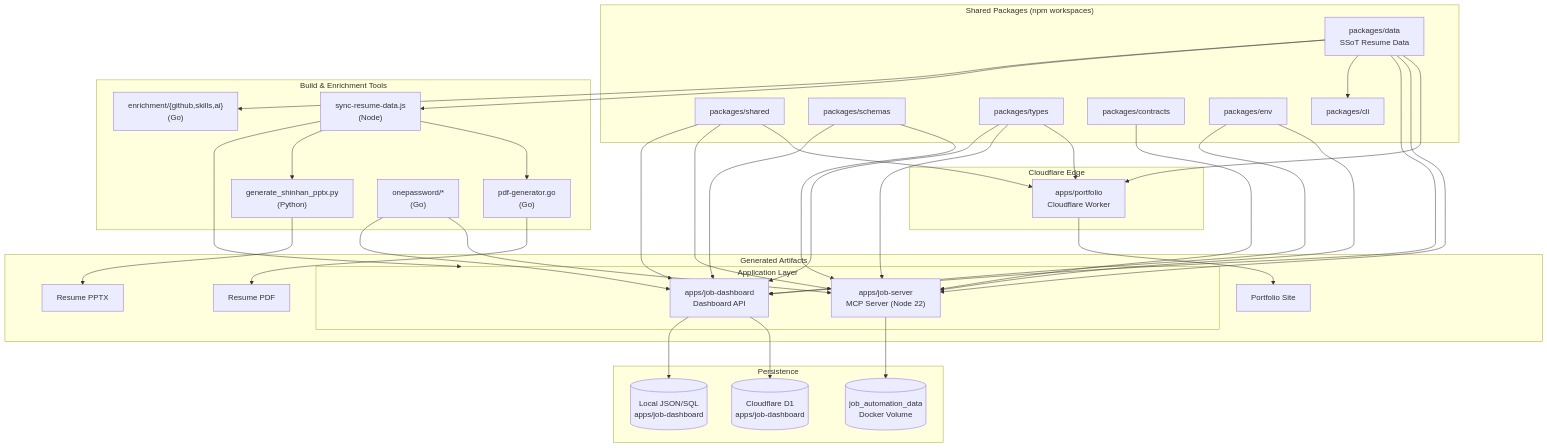
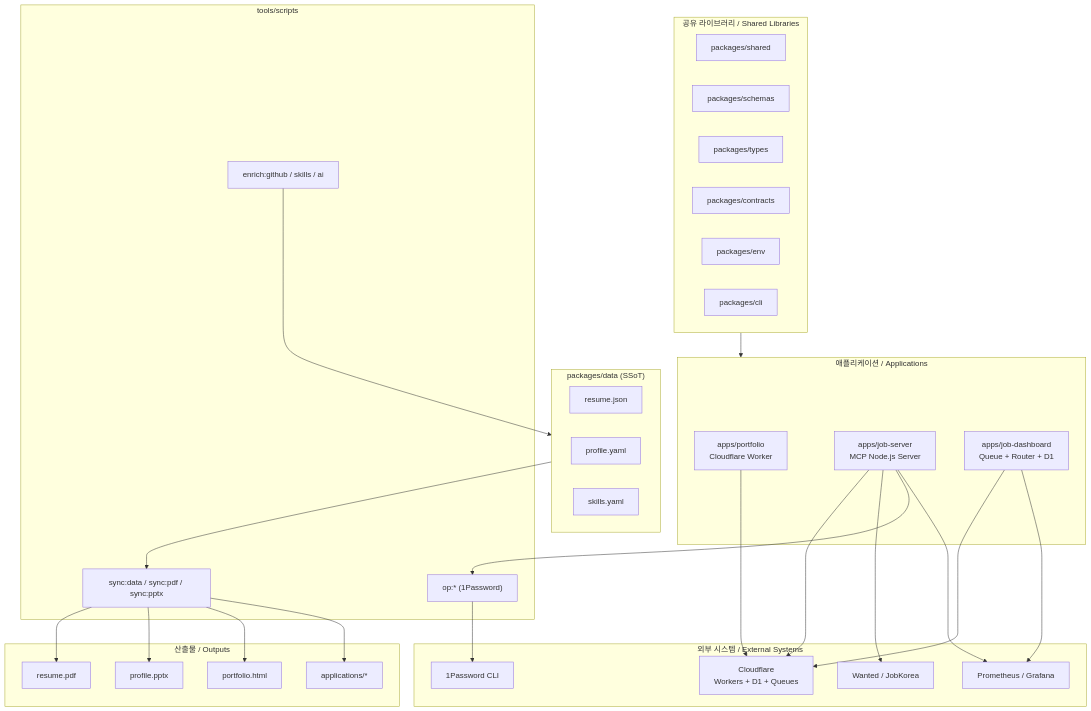
One commit to jclee941/resume changed the diagram in README.md. Above: the diagram before and after it, drawn with Mermaid. The commit also changed other lines of this file, not shown here.

````diff
--- a/README.md
+++ b/README.md
@@ -66,74 +74,59 @@
 ```mermaid
 flowchart TB
-    subgraph Edge["Cloudflare Edge"]
-        Worker["apps/portfolio<br/>Cloudflare Worker"]
-    end
+  subgraph SSoT["packages/data (SSoT)"]
+    D1["resume.json"]
+    D2["profile.yaml"]
+    D3["skills.yaml"]
+  end
 
-    subgraph Apps["Application Layer"]
-        JobServer["apps/job-server<br/>MCP Server (Node 22)"]
-        Dashboard["apps/job-dashboard<br/>Dashboard API"]
-    end
+  subgraph SharedLibs["공유 라이브러리 / Shared Libraries"]
+    SH["packages/shared"]
+    SC["packages/schemas"]
+    TY["packages/types"]
+    CO["packages/contracts"]
+    EN["packages/env"]
+    CL["packages/cli"]
+  end
 
-    subgraph Packages["Shared Packages (npm workspaces)"]
-        Data["packages/data<br/>SSoT Resume Data"]
-        Shared["packages/shared"]
-        Schemas["packages/schemas"]
-        Types["packages/types"]
-        Contracts["packages/contracts"]
-        Env["packages/env"]
-        CLI["packages/cli"]
-    end
+  subgraph Apps["애플리케이션 / Applications"]
+    PF["apps/portfolio<br/>Cloudflare Worker"]
+    JS["apps/job-server<br/>MCP Node.js Server"]
+    JD["apps/job-dashboard<br/>Queue + Router + D1"]
+  end
 
-    subgraph Tools["Build & Enrichment Tools"]
-        SyncData["sync-resume-data.js<br/>(Node)"]
-        SyncPDF["pdf-generator.go<br/>(Go)"]
-        SyncPPTX["generate_shinhan_pptx.py<br/>(Python)"]
-        Enrich["enrichment/{github,skills,ai}<br/>(Go)"]
-        OnePass["onepassword/*<br/>(Go)"]
-    end
+  subgraph Tools["tools/scripts"]
+    SYNC["sync:data / sync:pdf / sync:pptx"]
+    OP["op:* (1Password)"]
+    ENR["enrich:github / skills / ai"]
+  end
 
-    subgraph Storage["Persistence"]
-        D1[("Cloudflare D1<br/>apps/job-dashboard")]
-        Volume[("job_automation_data<br/>Docker Volume")]
-        LocalFS[("Local JSON/SQL<br/>apps/job-dashboard")]
-    end
+  subgraph External["외부 시스템 / External Systems"]
+    CF["Cloudflare<br/>Workers + D1 + Queues"]
+    JOB["Wanted / JobKorea"]
+    ONE["1Password CLI"]
+    OBS["Prometheus / Grafana"]
+  end
 
-    subgraph Outputs["Generated Artifacts"]
-        Site["Portfolio Site"]
-        PDF["Resume PDF"]
-        PPTX["Resume PPTX"]
-        Apps["applications/*<br/>Job Application Packages"]
-    end
+  subgraph Outputs["산출물 / Outputs"]
+    PDF["resume.pdf"]
+    PPTX["profile.pptx"]
+    HTML["portfolio.html"]
+    APP["applications/*"]
+  end
 
-    Data --> Worker
-    Data --> JobServer
-    Data --> Dashboard
-    Data --> CLI
-    Shared --> Worker
-    Shared --> JobServer
-    Shared --> Dashboard
-    Schemas --> JobServer
-    Schemas --> Dashboard
-    Types --> Worker
-    Types --> JobServer
-    Types --> Dashboard
-    Contracts --> JobServer
-    Env --> JobServer
-    Env --> Dashboard
-
-    Data --> SyncData
-    SyncData --> SyncPDF
-    SyncData --> SyncPPTX
-    SyncPDF --> PDF
-    SyncPPTX --> PPTX
-
-    Data --> Enrich
-    OnePass --> JobServer
-    OnePass --> Dashboard
-
-    Dashboard --> D1
-    Dashboard --> LocalFS
-    JobServer --> Volume
-    Worker --> Site
-    SyncData --> Apps
+  SSoT --> SYNC
+  SharedLibs --> Apps
+  SYNC --> PDF
+  SYNC --> PPTX
+  SYNC --> HTML
+  SYNC --> APP
+  PF --> CF
+  JS --> CF
+  JD --> CF
+  JS --> JOB
+  JS --> OP
+  OP --> ONE
+  JS --> OBS
+  JD --> OBS
+  ENR --> SSoT
 ```
````
